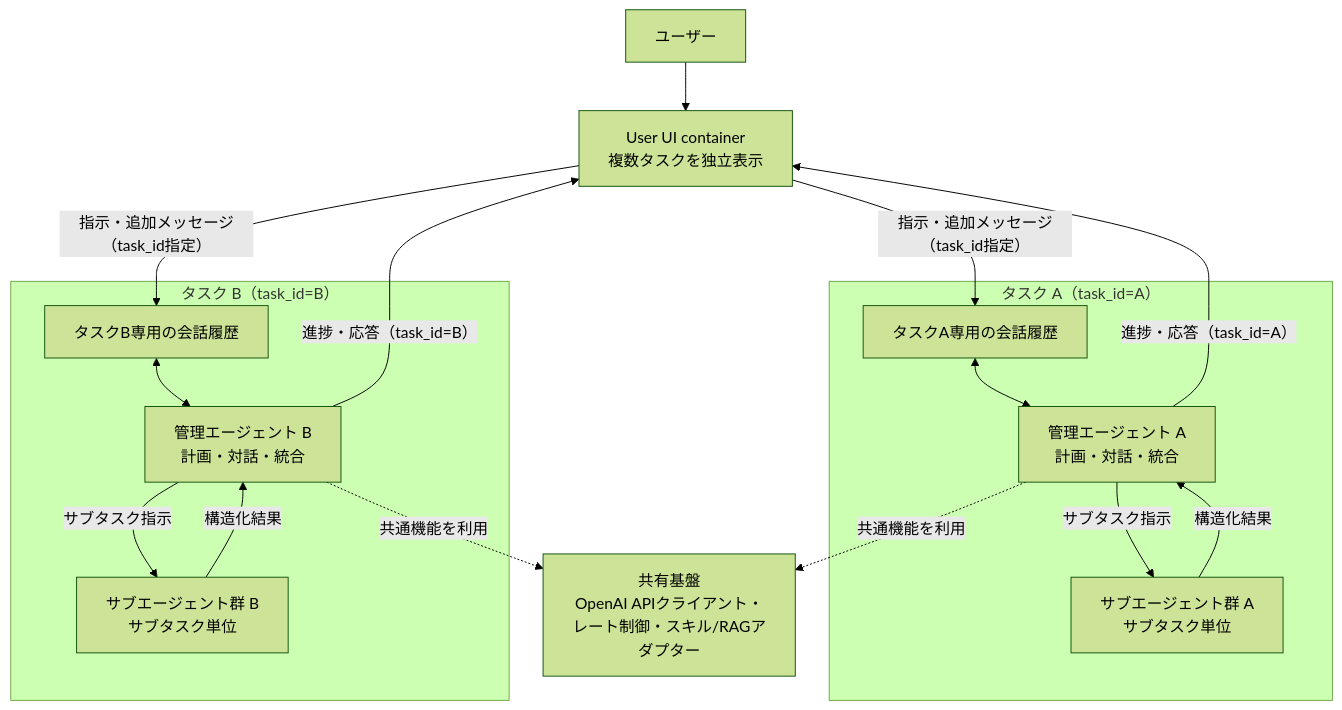
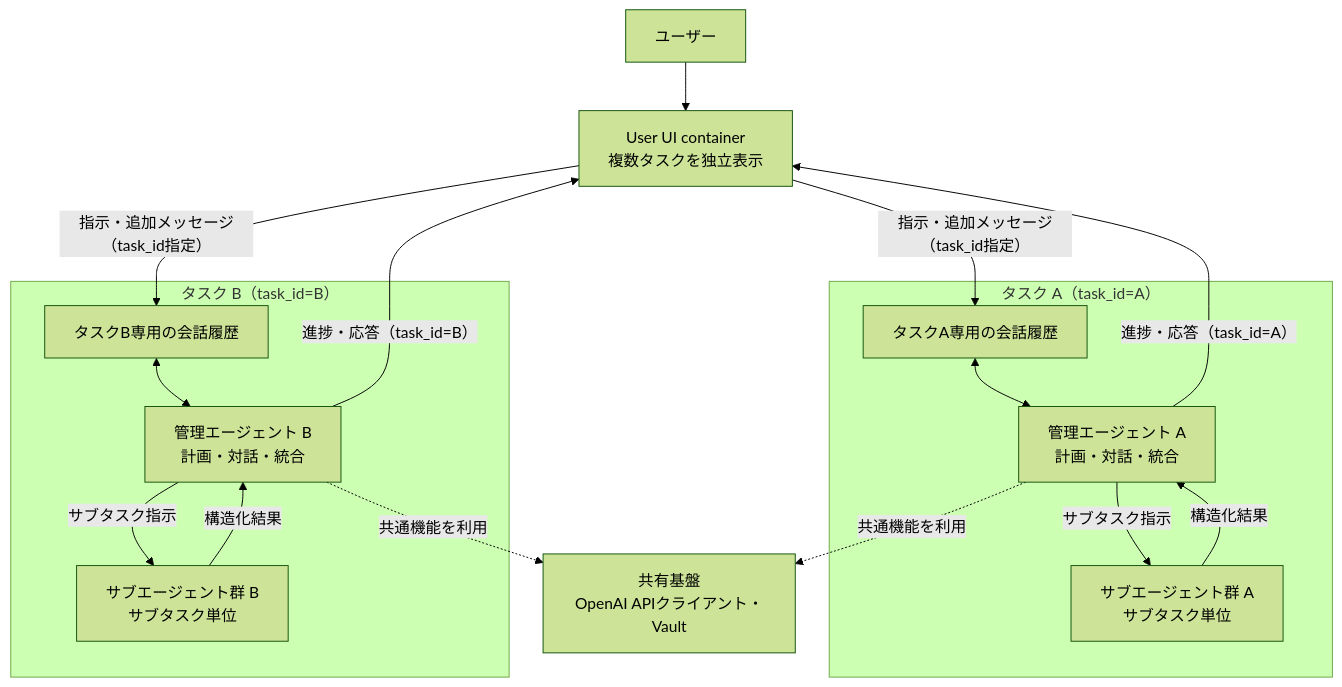
One commit to ryoma-jp/agent-orchestrator-core changed the second of 5 diagrams in dev-jp/01_design.md. Above: the diagram before and after it, drawn with Mermaid (forest theme). The commit also changed other lines of this file and 1 other file, not shown here.

````diff
--- a/dev-jp/01_design.md
+++ b/dev-jp/01_design.md
@@ -123,34 +137,34 @@
 ```mermaid
 flowchart TB
     User["ユーザー"]
     UI["User UI container<br/>複数タスクを独立表示"]
 
     User --> UI
 
     subgraph TaskA["タスク A（task_id=A）"]
         ConversationA["タスクA専用の会話履歴"]
         ManagerA["管理エージェント A<br/>計画・対話・統合"]
         WorkersA["サブエージェント群 A<br/>サブタスク単位"]
         ConversationA <--> ManagerA
         ManagerA -->|サブタスク指示| WorkersA
         WorkersA -->|構造化結果| ManagerA
     end
 
     subgraph TaskB["タスク B（task_id=B）"]
         ConversationB["タスクB専用の会話履歴"]
         ManagerB["管理エージェント B<br/>計画・対話・統合"]
         WorkersB["サブエージェント群 B<br/>サブタスク単位"]
         ConversationB <--> ManagerB
         ManagerB -->|サブタスク指示| WorkersB
         WorkersB -->|構造化結果| ManagerB
     end
 
     UI -->|指示・追加メッセージ（task_id指定）| ConversationA
     UI -->|指示・追加メッセージ（task_id指定）| ConversationB
     ManagerA -->|進捗・応答（task_id=A）| UI
     ManagerB -->|進捗・応答（task_id=B）| UI
 
-    Shared["共有基盤<br/>OpenAI APIクライアント・レート制御・スキル/RAGアダプター"]
+    Shared["共有基盤<br/>OpenAI APIクライアント・Vault"]
     ManagerA -. "共通機能を利用" .-> Shared
     ManagerB -. "共通機能を利用" .-> Shared
 ```
````
